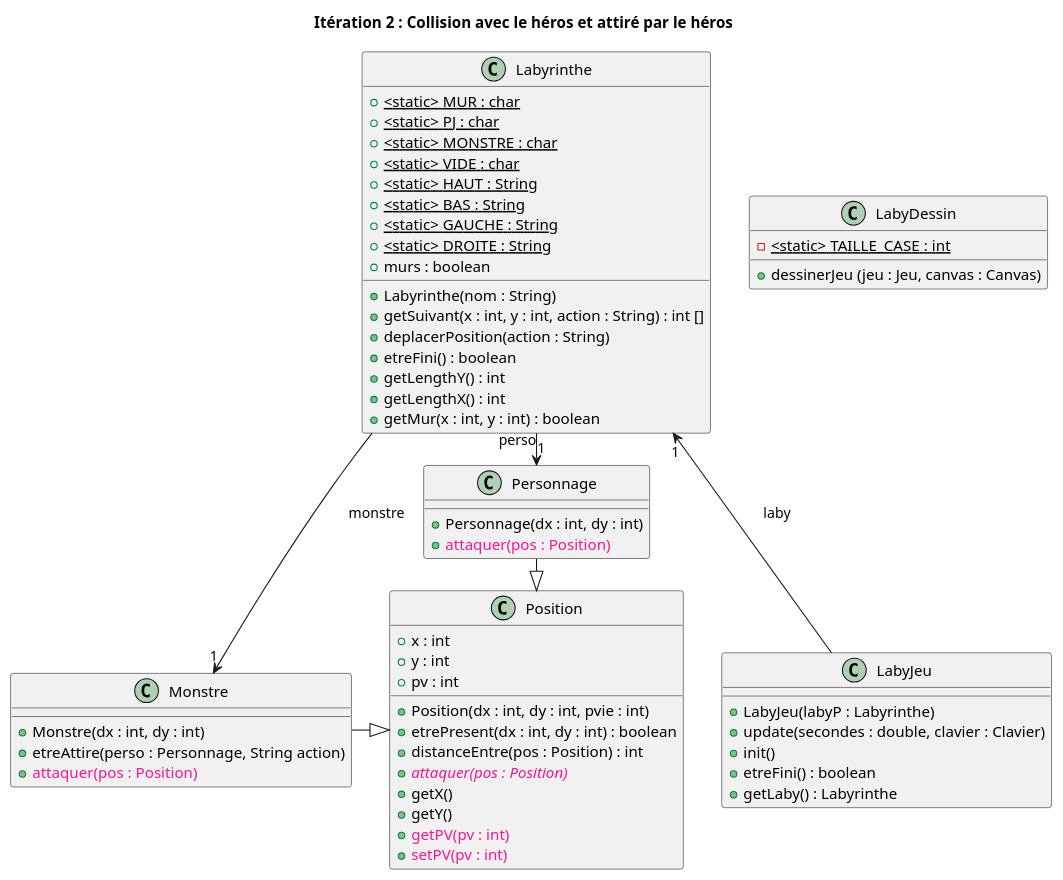
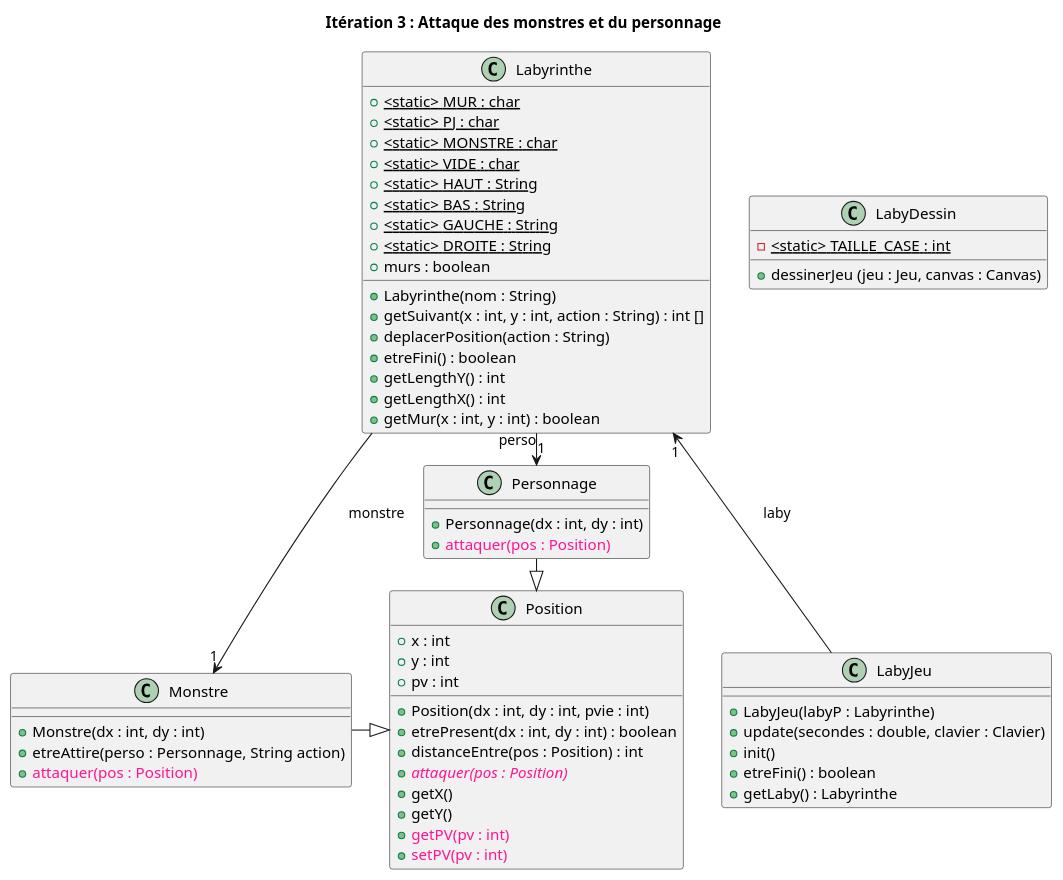
One commit to Hugo-COLLIN/BUT_INFO_S2_2022_Zeldiablo changed the diagram in racine_depot/documents/version_4/diagClass_iter3.puml. Above: the diagram before and after it, drawn with PlantUML.

Commit message:
up diagSequ

```diff
--- a/racine_depot/documents/version_4/diagClass_iter3.puml
+++ b/racine_depot/documents/version_4/diagClass_iter3.puml
@@ -1,70 +1,70 @@
 @startuml
-title Itération 2 : Collision avec le héros et attiré par le héros
+title Itération 3 : Attaque des monstres et du personnage
 
 class Labyrinthe {
     + <static> MUR : char {static}
     + <static> PJ : char {static}
     + <static> MONSTRE : char {static}
     + <static> VIDE : char {static}
     + <static> HAUT : String {static}
     + <static> BAS : String {static}
     + <static> GAUCHE : String {static}
     + <static> DROITE : String {static}
     + murs : boolean
 
     + Labyrinthe(nom : String)
     + getSuivant(x : int, y : int, action : String) : int []
     + deplacerPosition(action : String)
     + etreFini() : boolean
     + getLengthY() : int
     + getLengthX() : int
     + getMur(x : int, y : int) : boolean
 }
 
 class LabyJeu {
     + LabyJeu(labyP : Labyrinthe)
     + update(secondes : double, clavier : Clavier)
     + init()
     + etreFini() : boolean
     + getLaby() : Labyrinthe
 }
 
 class LabyDessin {
     - <static> TAILLE_CASE : int {static}
     + dessinerJeu (jeu : Jeu, canvas : Canvas)
 }
 
 class Position {
     + x : int
     + y : int
     + pv : int
 
     + Position(dx : int, dy : int, pvie : int)
     + etrePresent(dx : int, dy : int) : boolean
     + distanceEntre(pos : Position) : int
     {abstract} + <color:deeppink>attaquer(pos : Position)</color>
     + getX()
     + getY()
     + <color:deeppink>getPV(pv : int)</color>
     + <color:deeppink>setPV(pv : int)</color>
 }
 
 class Personnage {
     + Personnage(dx : int, dy : int)
     + <color:deeppink>attaquer(pos : Position)</color>
 }
 
 class Monstre {
     + Monstre(dx : int, dy : int)
     + etreAttire(perso : Personnage, String action)
     + <color:deeppink>attaquer(pos : Position)</color>
 }
 
 Labyrinthe --> Monstre : monstre "1"
 Labyrinthe -> Personnage : perso "1"
 Labyrinthe "1" <-- LabyJeu : laby
 
 Monstre -|> Position
 Personnage -|> Position
 
 @enduml
```
